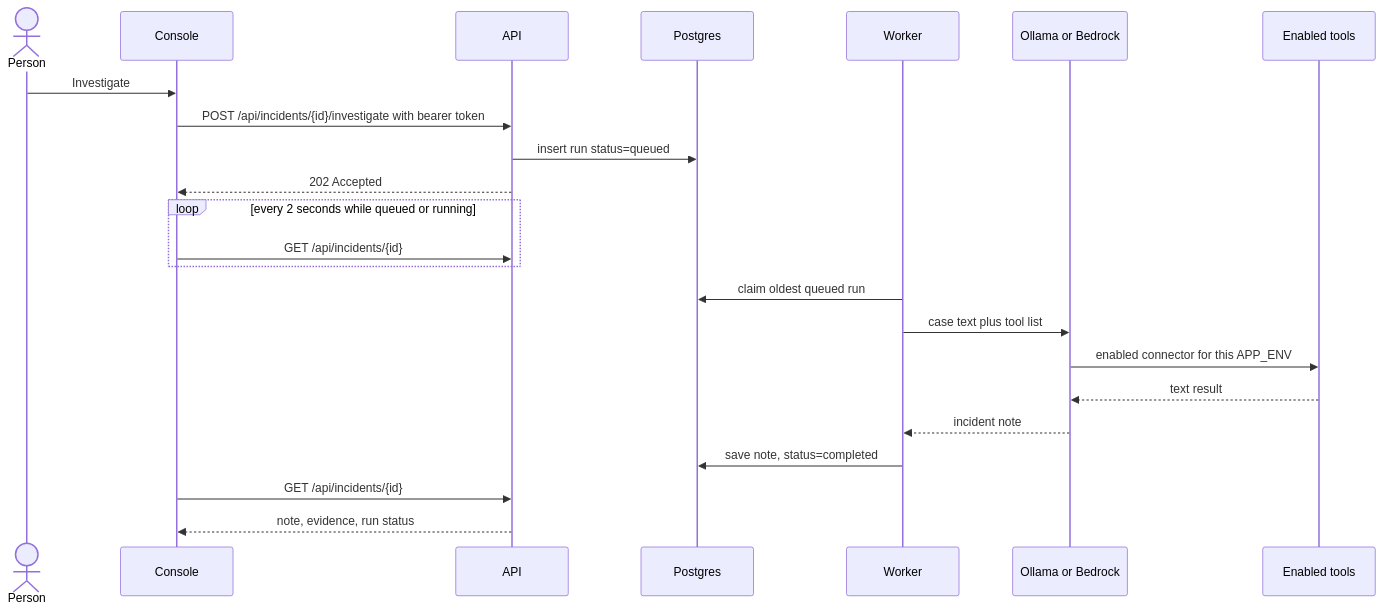
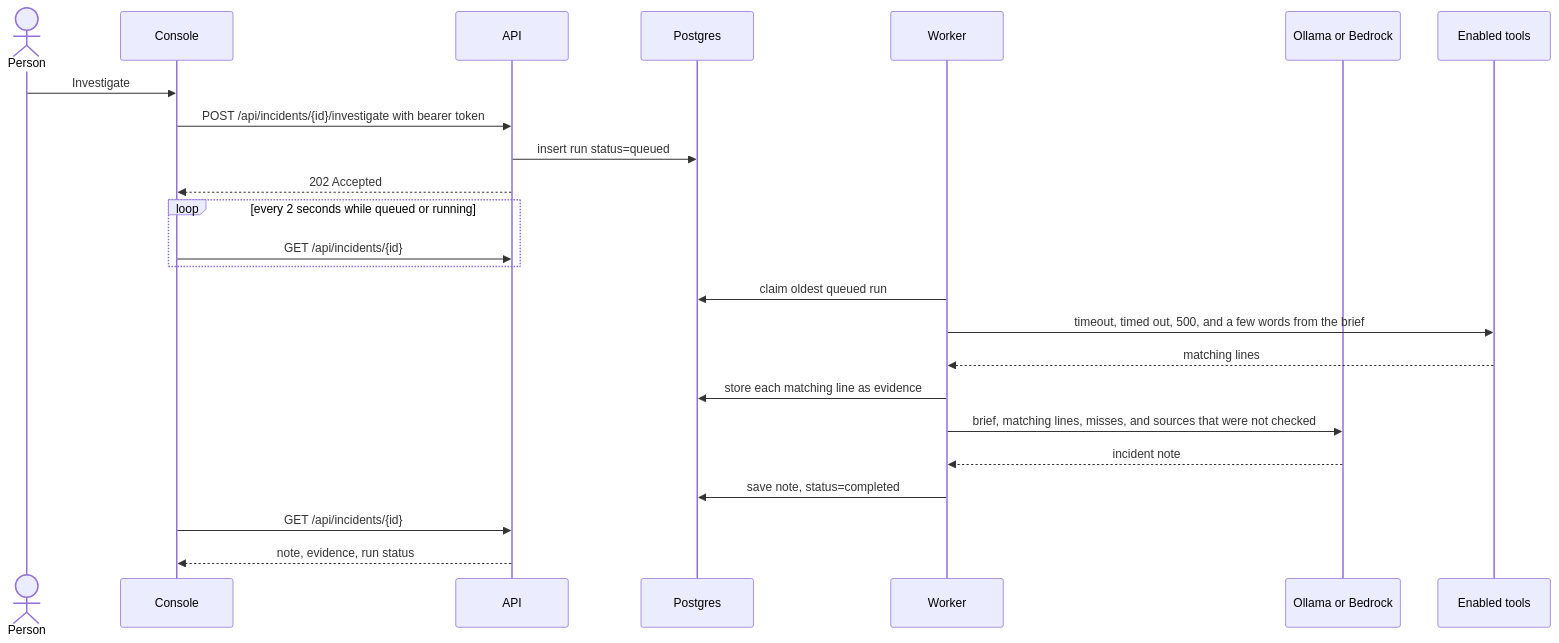
The third of 3 diagrams in prd/system-design.md (SaifulJnU/incident-investigation-agent), drawn with Mermaid before and after one commit. The commit also changed other lines of this file and 13 other files, not shown here.

Commit message:
Search before the note on every path, so the command line and the design match the worker.

````diff
--- a/prd/system-design.md
+++ b/prd/system-design.md
@@ -54,25 +54,26 @@
 ```mermaid
 sequenceDiagram
   actor Person
   participant Console
   participant API
   participant DB as Postgres
   participant Worker
   participant Model as Ollama or Bedrock
   participant Logs as Enabled tools
   Person->>Console: Investigate
   Console->>API: POST /api/incidents/{id}/investigate with bearer token
   API->>DB: insert run status=queued
   API-->>Console: 202 Accepted
   loop every 2 seconds while queued or running
     Console->>API: GET /api/incidents/{id}
   end
   Worker->>DB: claim oldest queued run
-  Worker->>Model: case text plus tool list
-  Model->>Logs: enabled connector for this APP_ENV
-  Logs-->>Model: text result
+  Worker->>Logs: timeout, timed out, 500, and a few words from the brief
+  Logs-->>Worker: matching lines
+  Worker->>DB: store each matching line as evidence
+  Worker->>Model: brief, matching lines, misses, and sources that were not checked
   Model-->>Worker: incident note
   Worker->>DB: save note, status=completed
   Console->>API: GET /api/incidents/{id}
   API-->>Console: note, evidence, run status
 ```
````
